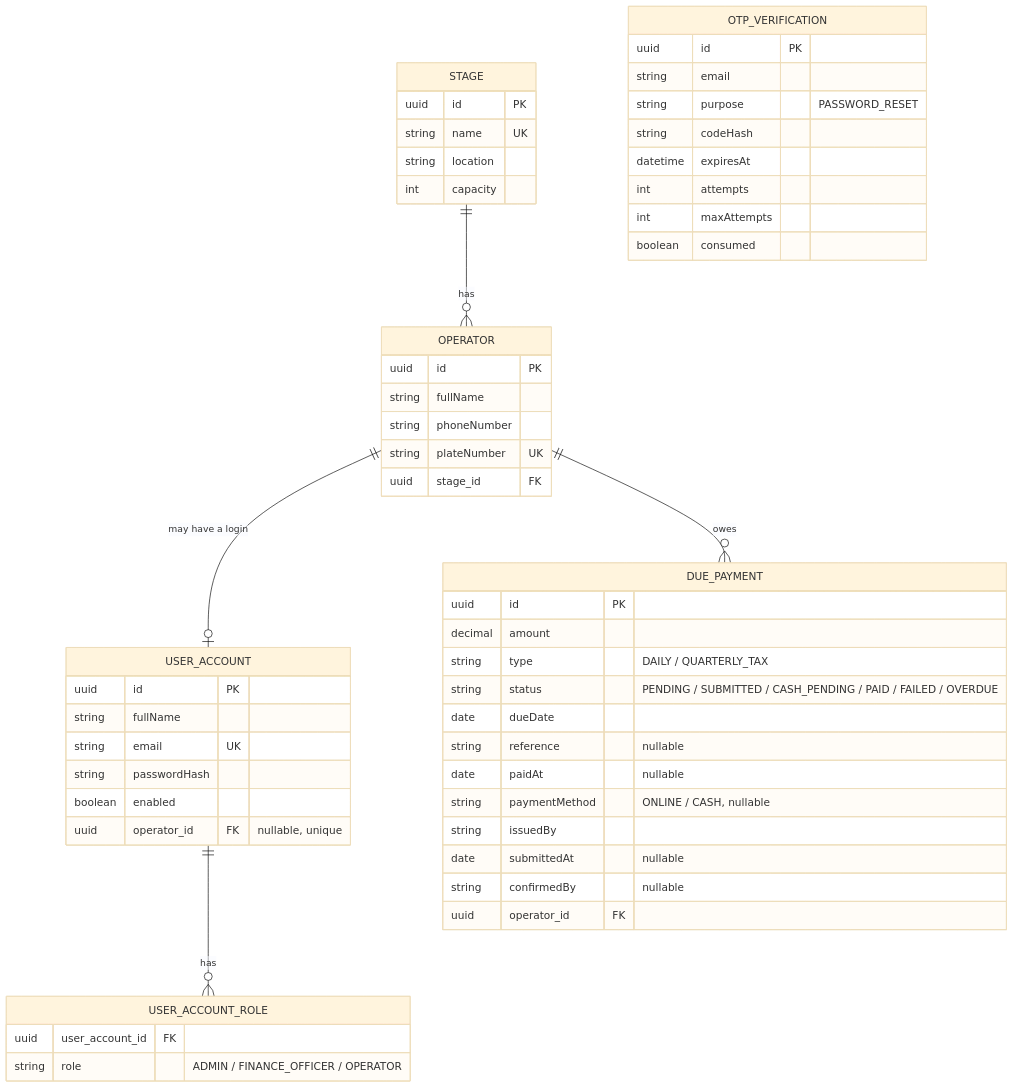
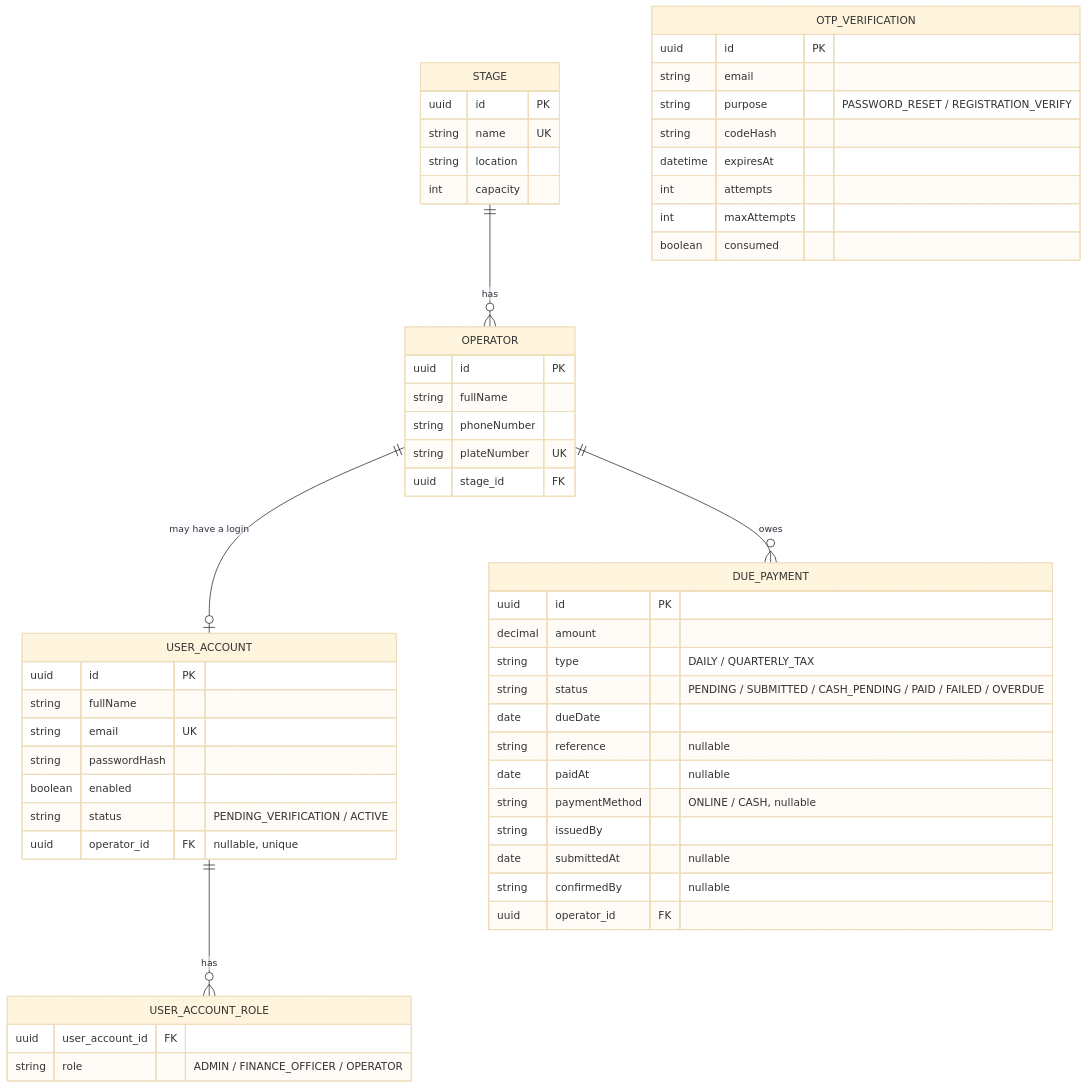
The second of 2 diagrams in docs/DOCUMENTATION.md (nshuti717/TransitDues-SpringBoot), drawn with Mermaid (base theme) before and after one commit. The commit also changed other lines of this file and 26 other files, not shown here.

Commit message:
Add email OTP verification during operator registration

````diff
--- a/docs/DOCUMENTATION.md
+++ b/docs/DOCUMENTATION.md
@@ -256,57 +274,58 @@
 ```mermaid
 erDiagram
     STAGE ||--o{ OPERATOR : "has"
     OPERATOR ||--o| USER_ACCOUNT : "may have a login"
     OPERATOR ||--o{ DUE_PAYMENT : "owes"
     USER_ACCOUNT ||--o{ USER_ACCOUNT_ROLE : "has"
 
     STAGE {
         uuid id PK
         string name UK
         string location
         int capacity
     }
     OPERATOR {
         uuid id PK
         string fullName
         string phoneNumber
         string plateNumber UK
         uuid stage_id FK
     }
     USER_ACCOUNT {
         uuid id PK
         string fullName
         string email UK
         string passwordHash
         boolean enabled
+        string status "PENDING_VERIFICATION / ACTIVE"
         uuid operator_id FK "nullable, unique"
     }
     USER_ACCOUNT_ROLE {
         uuid user_account_id FK
         string role "ADMIN / FINANCE_OFFICER / OPERATOR"
     }
     DUE_PAYMENT {
         uuid id PK
         decimal amount
         string type "DAILY / QUARTERLY_TAX"
         string status "PENDING / SUBMITTED / CASH_PENDING / PAID / FAILED / OVERDUE"
         date dueDate
         string reference "nullable"
         date paidAt "nullable"
         string paymentMethod "ONLINE / CASH, nullable"
         string issuedBy
         date submittedAt "nullable"
         string confirmedBy "nullable"
         uuid operator_id FK
     }
     OTP_VERIFICATION {
         uuid id PK
         string email
-        string purpose "PASSWORD_RESET"
+        string purpose "PASSWORD_RESET / REGISTRATION_VERIFY"
         string codeHash
         datetime expiresAt
         int attempts
         int maxAttempts
         boolean consumed
     }
 ```
````
